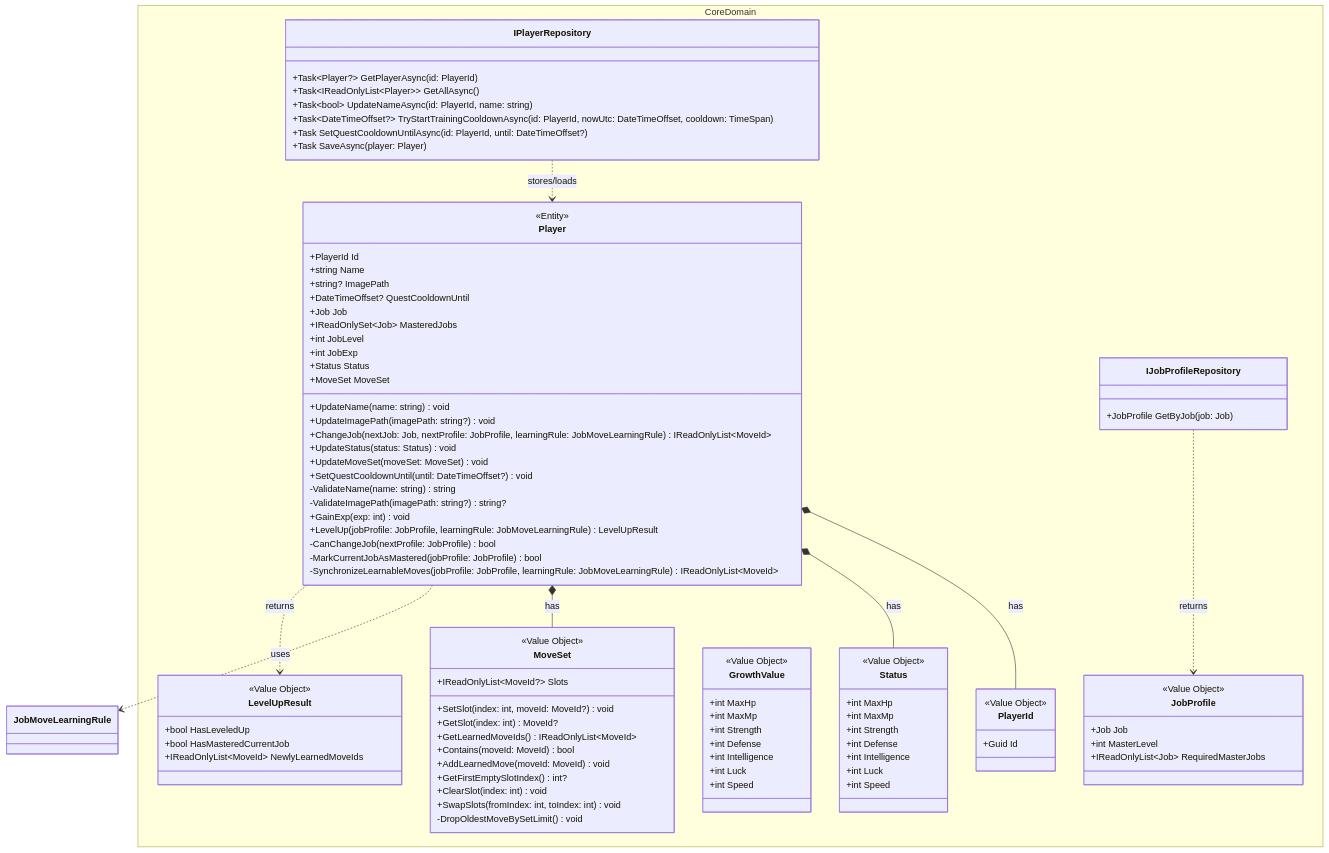
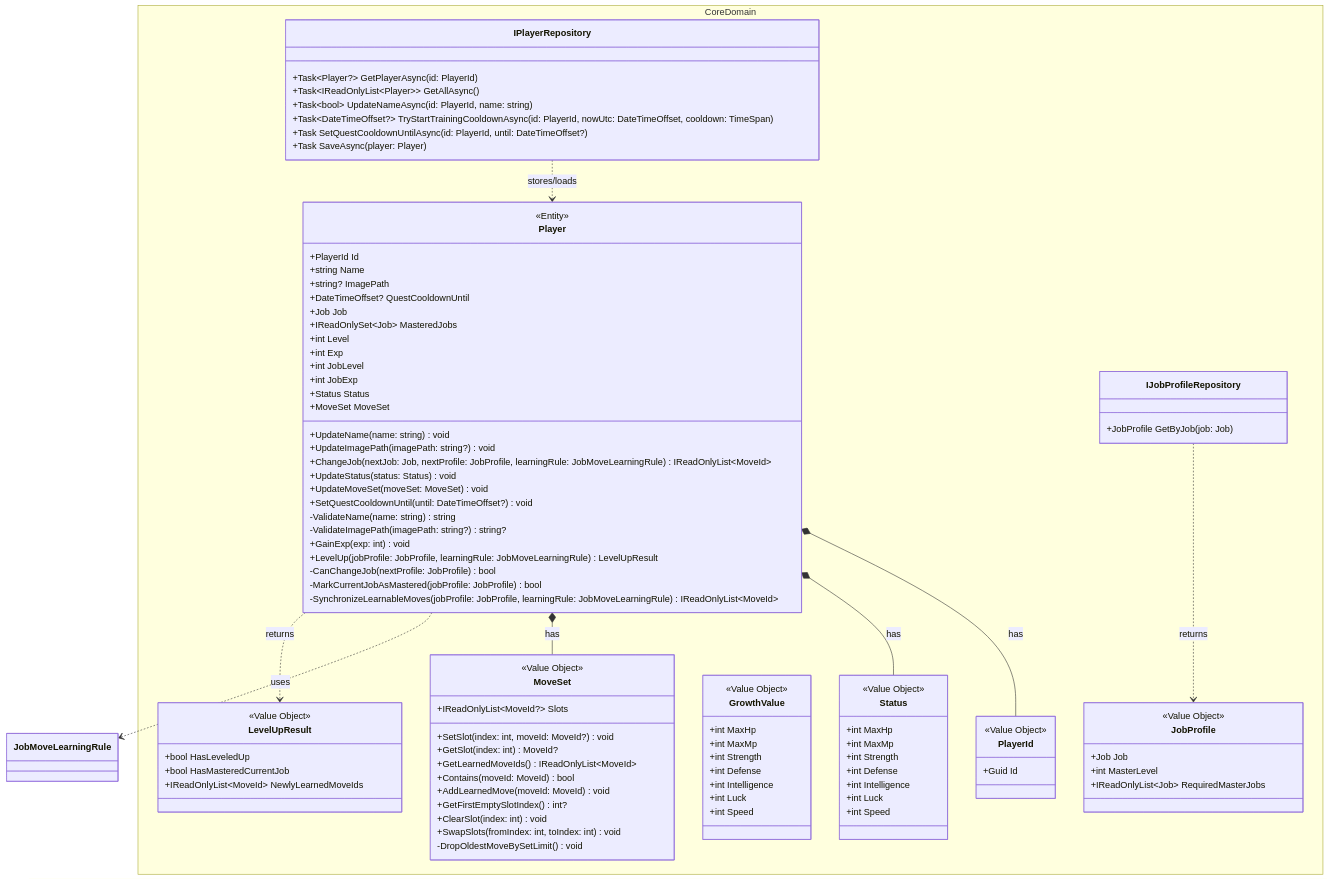
Before and after one commit to ayumu203/nisekue: the diagram in docs/MMD01_CoreDomain.mmd, drawn with Mermaid. The commit also changed 13 other files, not shown here.

```diff
--- a/docs/MMD01_CoreDomain.mmd
+++ b/docs/MMD01_CoreDomain.mmd
@@ -1,115 +1,119 @@
 classDiagram
     %% Enum 定義は docs/MMD21_Enum.mmd を参照
     namespace CoreDomain {
         %% Player の基本情報
         class Player {
             <<Entity>>
             +PlayerId Id
             +string Name
             +string? ImagePath
             +DateTimeOffset? QuestCooldownUntil
             +Job Job
             +IReadOnlySet~Job~ MasteredJobs
+            +int Level
+            +int Exp
             +int JobLevel
             +int JobExp
             +Status Status
             +MoveSet MoveSet
             +UpdateName(name: string) void
             +UpdateImagePath(imagePath: string?) void
             +ChangeJob(nextJob: Job, nextProfile: JobProfile, learningRule: JobMoveLearningRule) IReadOnlyList~MoveId~
             +UpdateStatus(status: Status) void
             +UpdateMoveSet(moveSet: MoveSet) void
             +SetQuestCooldownUntil(until: DateTimeOffset?) void
             -ValidateName(name: string) string
             -ValidateImagePath(imagePath: string?) string?
             +GainExp(exp: int) void
             +LevelUp(jobProfile: JobProfile, learningRule: JobMoveLearningRule) LevelUpResult
             -CanChangeJob(nextProfile: JobProfile) bool
             -MarkCurrentJobAsMastered(jobProfile: JobProfile) bool
             -SynchronizeLearnableMoves(jobProfile: JobProfile, learningRule: JobMoveLearningRule) IReadOnlyList~MoveId~
         }
 
         %% 転職ルール:
         %% - 同一ジョブへの転職は不可
         %% - Apprentice は初期ジョブ専用で転職先には含めない
-        %% - required_master_job_* が未設定の現行ジョブは Lv5 以上で転職可能
+        %% - required_master_job_* が未設定の現行ジョブは Player Level 5 以上で転職可能
         %% - 将来の上級職は required_master_job_* に定義した全ジョブの mastered を要求
         %% - 転職時に技は習得しない。技習得は LevelUp 時のみ行う
+        %% - Level / Exp はプレイヤー共通の成長値でジョブ変更では維持する
         %% - JobLevel / JobExp は現在職専用の値で、転職時に 1 / 0 へリセットする
+        %% - ステータス成長、技習得、ジョブマスター判定は JobLevel を使う
 
         class PlayerId {
             <<Value Object>>
             +Guid Id
         }
 
         class Status {
             <<Value Object>>
             +int MaxHp
             +int MaxMp
             +int Strength
             +int Defense
             +int Intelligence
             +int Luck
             +int Speed
         }
 
         class GrowthValue {
             <<Value Object>>
             +int MaxHp
             +int MaxMp
             +int Strength
             +int Defense
             +int Intelligence
             +int Luck
             +int Speed
         }
 
         class JobProfile {
             <<Value Object>>
             +Job Job
             +int MasterLevel
             +IReadOnlyList~Job~ RequiredMasterJobs
         }
 
         class LevelUpResult {
             <<Value Object>>
             +bool HasLeveledUp
             +bool HasMasteredCurrentJob
             +IReadOnlyList~MoveId~ NewlyLearnedMoveIds
         }
 
         class MoveSet {
             <<Value Object>>
             +IReadOnlyList~MoveId?~ Slots
             +SetSlot(index: int, moveId: MoveId?) void
             +GetSlot(index: int) MoveId?
             +GetLearnedMoveIds() IReadOnlyList~MoveId~
             +Contains(moveId: MoveId) bool
             +AddLearnedMove(moveId: MoveId) void
             +GetFirstEmptySlotIndex() int?
             +ClearSlot(index: int) void
             +SwapSlots(fromIndex: int, toIndex: int) void
             -DropOldestMoveBySetLimit() void
         }
 
         class IPlayerRepository {
             +Task~Player?~ GetPlayerAsync(id: PlayerId)
             +Task~IReadOnlyList~Player~~ GetAllAsync()
             +Task~bool~ UpdateNameAsync(id: PlayerId, name: string)
             +Task~DateTimeOffset?~ TryStartTrainingCooldownAsync(id: PlayerId, nowUtc: DateTimeOffset, cooldown: TimeSpan)
             +Task SetQuestCooldownUntilAsync(id: PlayerId, until: DateTimeOffset?)
             +Task SaveAsync(player: Player)
         }
 
         class IJobProfileRepository {
             +JobProfile GetByJob(job: Job)
         }
     }
 
     Player *-- PlayerId : has
     Player *-- Status : has
     Player *-- MoveSet : has
     Player ..> JobMoveLearningRule : uses
     Player ..> LevelUpResult : returns
     IJobProfileRepository ..> JobProfile : returns
     IPlayerRepository ..> Player : stores/loads
```
